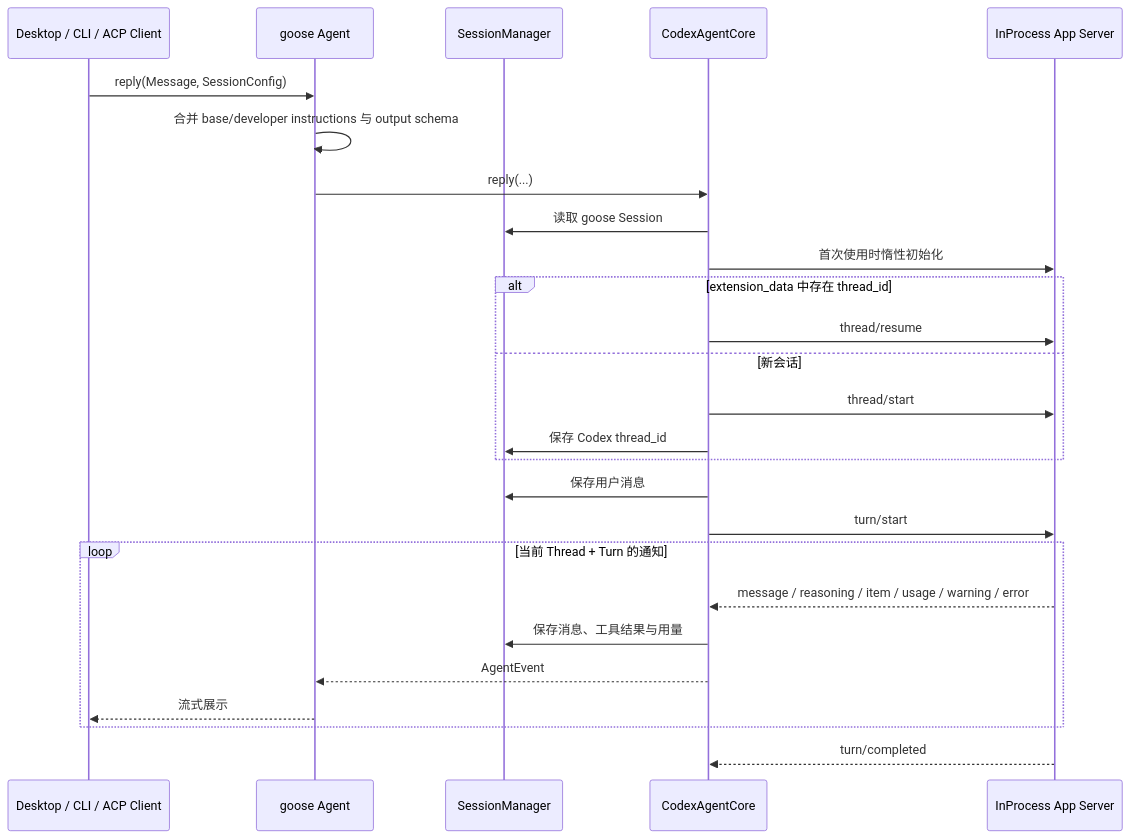
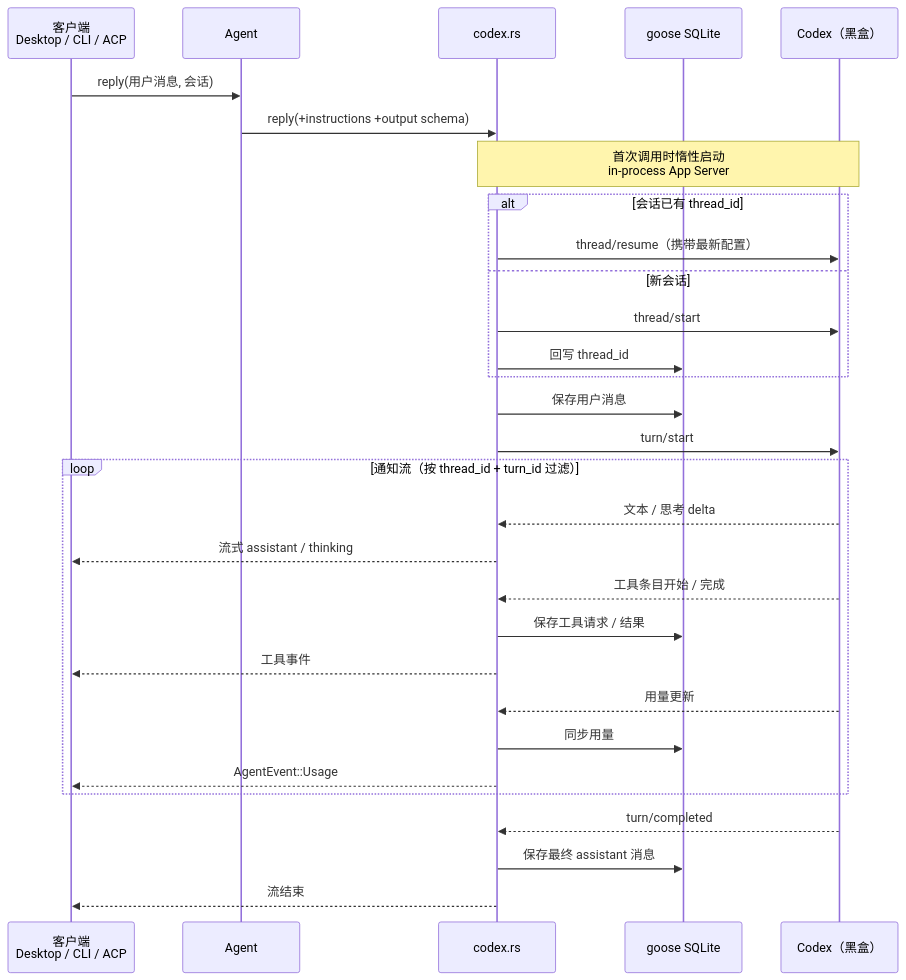
One commit to wdaike/ai-goose changed the second of 4 diagrams in ARCHITECTURE.md. Above: the diagram before and after it, drawn with Mermaid. The commit also changed other lines of this file and 151 other files, not shown here.

````diff
--- a/ARCHITECTURE.md
+++ b/ARCHITECTURE.md
@@ -98,29 +42,33 @@
 ```mermaid
 sequenceDiagram
-    participant UI as Desktop / CLI / ACP Client
-    participant Agent as goose Agent
-    participant Session as SessionManager
-    participant Bridge as CodexAgentCore
-    participant Runtime as InProcess App Server
+    participant UI as 客户端<br/>Desktop / CLI / ACP
+    participant Agent as Agent
+    participant Bridge as codex.rs
+    participant DB as goose SQLite
+    participant Codex as Codex（黑盒）
 
-    UI->>Agent: reply(Message, SessionConfig)
-    Agent->>Agent: 合并 base/developer instructions 与 output schema
-    Agent->>Bridge: reply(...)
-    Bridge->>Session: 读取 goose Session
-    Bridge->>Runtime: 首次使用时惰性初始化
-    alt extension_data 中存在 thread_id
-        Bridge->>Runtime: thread/resume
+    UI->>Agent: reply(用户消息, 会话)
+    Agent->>Bridge: reply(+instructions +output schema)
+    Note over Bridge,Codex: 首次调用时惰性启动<br/>in-process App Server
+    alt 会话已有 thread_id
+        Bridge->>Codex: thread/resume（携带最新配置）
     else 新会话
-        Bridge->>Runtime: thread/start
-        Bridge->>Session: 保存 Codex thread_id
+        Bridge->>Codex: thread/start
+        Bridge->>DB: 回写 thread_id
     end
-    Bridge->>Session: 保存用户消息
-    Bridge->>Runtime: turn/start
-    loop 当前 Thread + Turn 的通知
-        Runtime-->>Bridge: message / reasoning / item / usage / warning / error
-        Bridge->>Session: 保存消息、工具结果与用量
-        Bridge-->>Agent: AgentEvent
-        Agent-->>UI: 流式展示
+    Bridge->>DB: 保存用户消息
+    Bridge->>Codex: turn/start
+    loop 通知流（按 thread_id + turn_id 过滤）
+        Codex-->>Bridge: 文本 / 思考 delta
+        Bridge-->>UI: 流式 assistant / thinking
+        Codex-->>Bridge: 工具条目开始 / 完成
+        Bridge->>DB: 保存工具请求 / 结果
+        Bridge-->>UI: 工具事件
+        Codex-->>Bridge: 用量更新
+        Bridge->>DB: 同步用量
+        Bridge-->>UI: AgentEvent::Usage
     end
-    Runtime-->>Bridge: turn/completed
+    Codex-->>Bridge: turn/completed
+    Bridge->>DB: 保存最终 assistant 消息
+    Bridge-->>UI: 流结束
 ```
````
